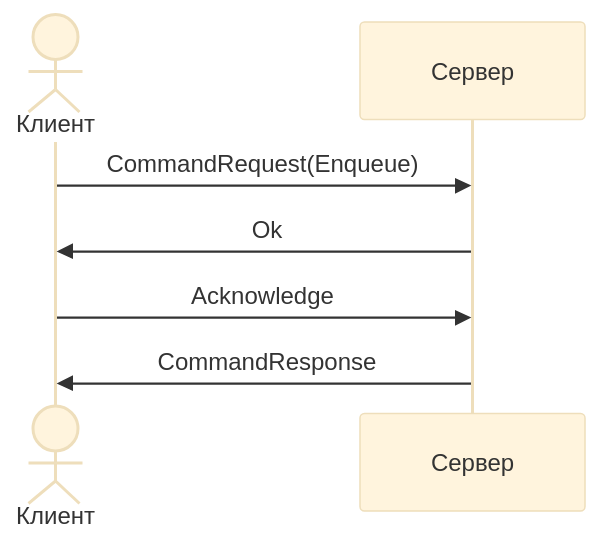
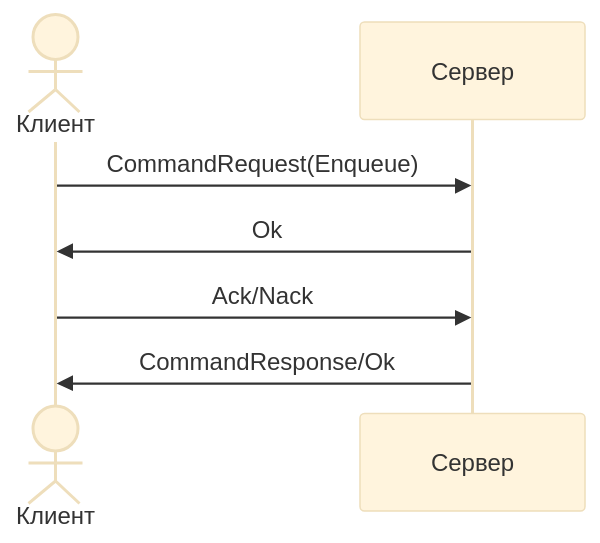
The third of 4 diagrams in docs/developer/client-network-protocol.md (ashenBlade/TaskFlux), drawn with Mermaid (base theme) before and after one commit. The commit also changed other lines of this file and 155 other files, not shown here.

````diff
--- a/docs/developer/client-network-protocol.md
+++ b/docs/developer/client-network-protocol.md
@@ -103,9 +104,9 @@
 ```mermaid
 sequenceDiagram
     actor Клиент
     participant Сервер
     Клиент->>Сервер: CommandRequest(Enqueue)
     Сервер->>Клиент: Ok
-    Клиент->>Сервер: Acknowledge
-    Сервер->>Клиент: CommandResponse
+   Клиент ->> Сервер: Ack/Nack
+   Сервер ->> Клиент: CommandResponse/Ok
 ```
````
